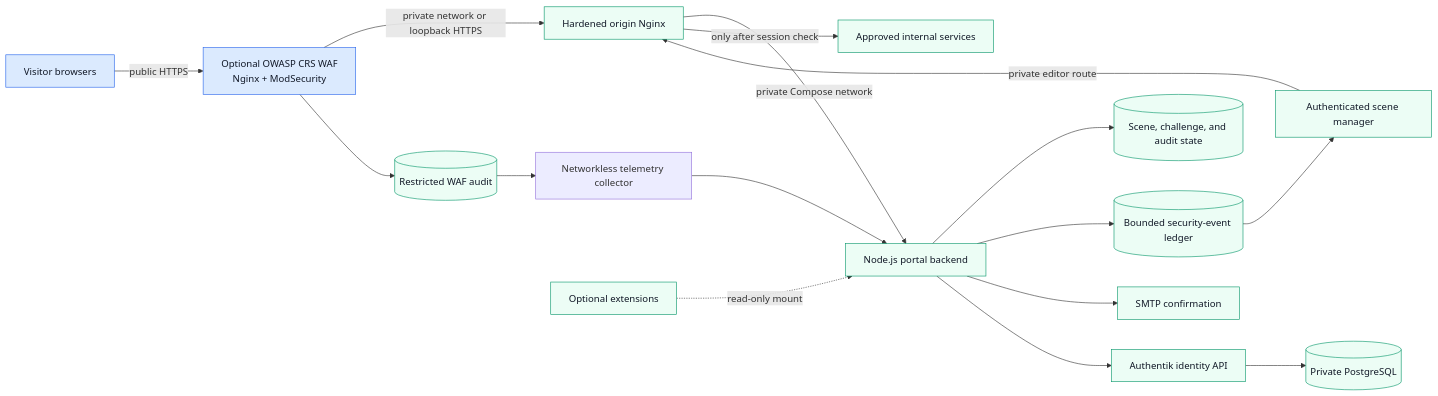
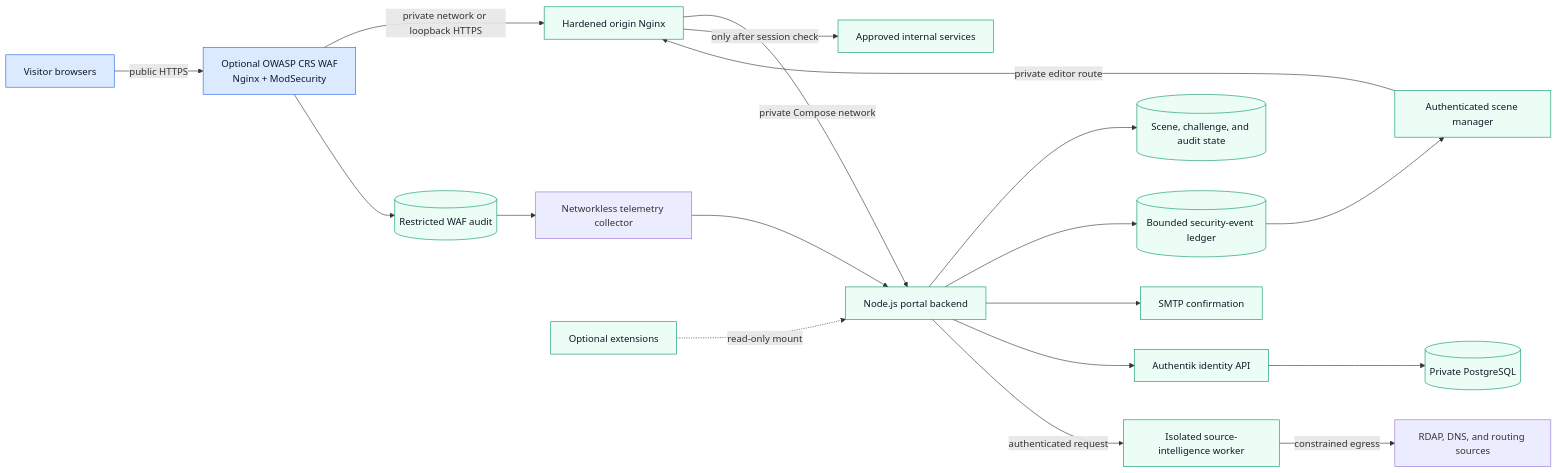
The diagram in README.md (zipkindev/scene-access-gateway), drawn with Mermaid before and after one commit. The commit also changed other lines of this file and 57 other files, not shown here.

````diff
--- a/README.md
+++ b/README.md
@@ -115,23 +123,25 @@
 ```mermaid
 flowchart LR
     Visitor[Visitor browsers] -->|public HTTPS| WAF[Optional OWASP CRS WAF<br/>Nginx + ModSecurity]
     WAF -->|private network or loopback HTTPS| Gateway[Hardened origin Nginx]
     Editor[Authenticated scene manager] -->|private editor route| Gateway
     Gateway -->|private Compose network| Backend[Node.js portal backend]
     WAF --> WafAudit[(Restricted WAF audit)]
     WafAudit --> WafCollector[Networkless telemetry collector]
     WafCollector --> Backend
     Gateway -->|only after session check| Services[Approved internal services]
     Backend --> State[(Scene, challenge, and audit state)]
     Backend --> Security[(Bounded security-event ledger)]
     Backend --> Mail[SMTP confirmation]
     Backend --> Authentik[Authentik identity API]
+    Backend -->|authenticated request| Recon[Isolated source-intelligence worker]
+    Recon -->|constrained egress| Registries[RDAP, DNS, and routing sources]
     Authentik --> Postgres[(Private PostgreSQL)]
     Security --> Editor
     Extension[Optional extensions] -. read-only mount .-> Backend
 
     classDef public fill:#dbeafe,stroke:#2563eb,color:#111827
     classDef private fill:#ecfdf5,stroke:#059669,color:#111827
     class Visitor,WAF public
-    class Editor,Gateway,Backend,State,Security,Mail,Authentik,Postgres,Services,Extension,WafAudit private
+    class Editor,Gateway,Backend,State,Security,Mail,Authentik,Postgres,Services,Extension,WafAudit,Recon private
 ```
````
